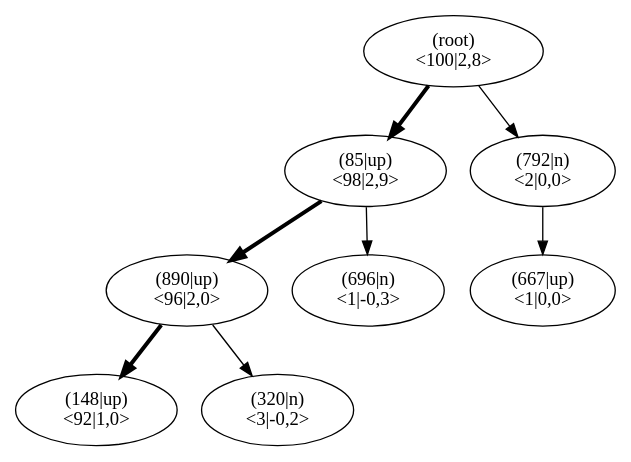
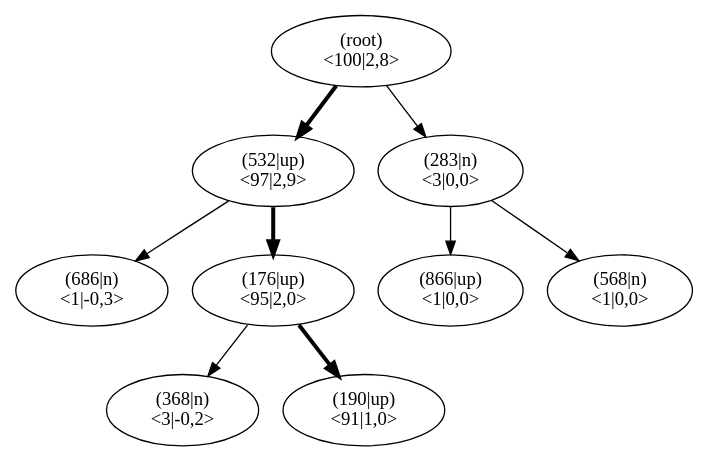
Before and after one commit to JonasHellgren/relexp-java: the diagram in pictures/ch13/jumper_test_mcts.dot, drawn with Graphviz. The commit also changed 245 other files, not shown here.

Commit message:
fixa ArchitectureTest

```diff
--- a/pictures/ch13/jumper_test_mcts.dot
+++ b/pictures/ch13/jumper_test_mcts.dot
@@ -1,26 +1,29 @@
 digraph MCTS {
 node [shape=ellipse];
 Nroot [label="(root)
 <100|2,8>"];
-Nroot -> N85[penwidth=3];
-N85 [label="(85|up)
-<98|2,9>"];
-N85 -> N890[penwidth=3];
-N890 [label="(890|up)
-<96|2,0>"];
-N890 -> N148[penwidth=3];
-N148 [label="(148|up)
-<92|1,0>"];
-N890 -> N320[penwidth=1];
-N320 [label="(320|n)
+Nroot -> N532[penwidth=3];
+N532 [label="(532|up)
+<97|2,9>"];
+N532 -> N686[penwidth=1];
+N686 [label="(686|n)
+<1|-0,3>"];
+N532 -> N176[penwidth=3];
+N176 [label="(176|up)
+<95|2,0>"];
+N176 -> N368[penwidth=1];
+N368 [label="(368|n)
 <3|-0,2>"];
-N85 -> N696[penwidth=1];
-N696 [label="(696|n)
-<1|-0,3>"];
-Nroot -> N792[penwidth=1];
-N792 [label="(792|n)
-<2|0,0>"];
-N792 -> N667[penwidth=1];
-N667 [label="(667|up)
+N176 -> N190[penwidth=3];
+N190 [label="(190|up)
+<91|1,0>"];
+Nroot -> N283[penwidth=1];
+N283 [label="(283|n)
+<3|0,0>"];
+N283 -> N866[penwidth=1];
+N866 [label="(866|up)
+<1|0,0>"];
+N283 -> N568[penwidth=1];
+N568 [label="(568|n)
 <1|0,0>"];
 }
```
